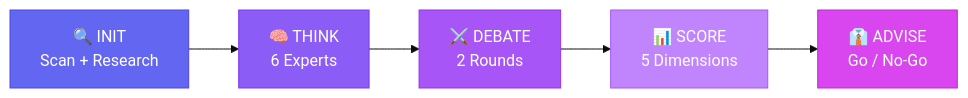
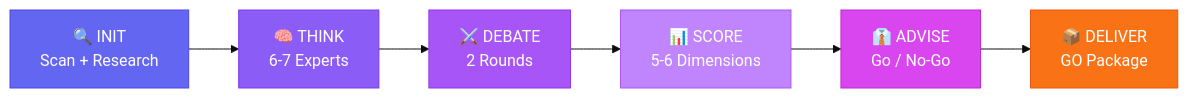
One commit to ebnrdwan/GangPlugin changed the first of 2 diagrams in README.md. Above: the diagram before and after it, drawn with Mermaid (base theme). The commit also changed other lines of this file and 11 other files, not shown here.

````diff
--- a/README.md
+++ b/README.md
@@ -58,13 +58,15 @@
 ```mermaid
 graph LR
-    A["🔍 INIT<br/>Scan + Research"] --> B["🧠 THINK<br/>6 Experts"]
+    A["🔍 INIT<br/>Scan + Research"] --> B["🧠 THINK<br/>6-7 Experts"]
     B --> C["⚔️ DEBATE<br/>2 Rounds"]
-    C --> D["📊 SCORE<br/>5 Dimensions"]
+    C --> D["📊 SCORE<br/>5-6 Dimensions"]
     D --> E["👔 ADVISE<br/>Go / No-Go"]
+    E --> F["📦 DELIVER<br/>GO Package"]
 
     style A fill:#6366f1,stroke:#4f46e5,color:#fff
     style B fill:#8b5cf6,stroke:#7c3aed,color:#fff
     style C fill:#a855f7,stroke:#9333ea,color:#fff
     style D fill:#c084fc,stroke:#a855f7,color:#fff
     style E fill:#d946ef,stroke:#c026d3,color:#fff
+    style F fill:#f97316,stroke:#ea580c,color:#fff
 ```
````
